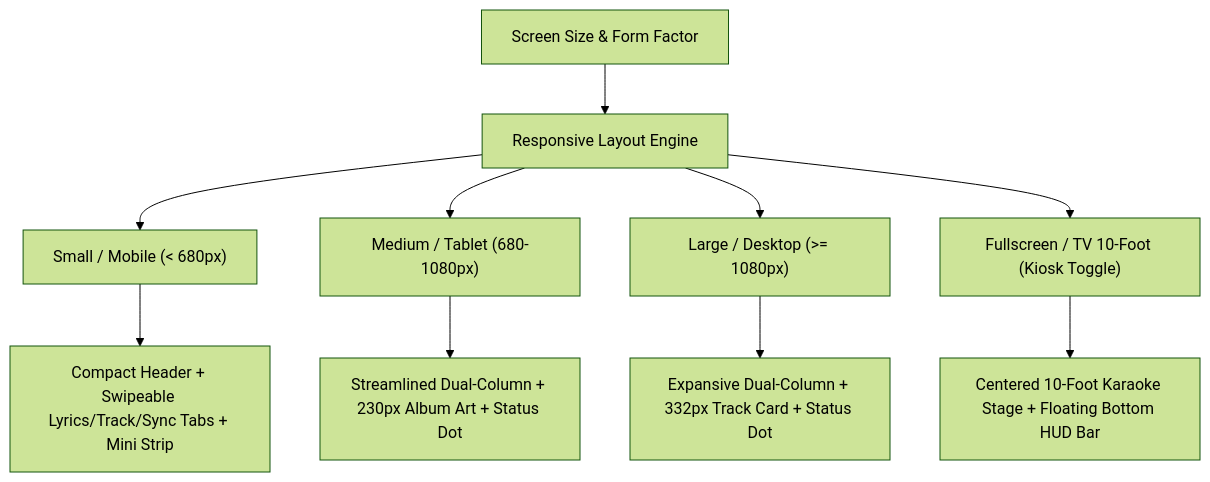
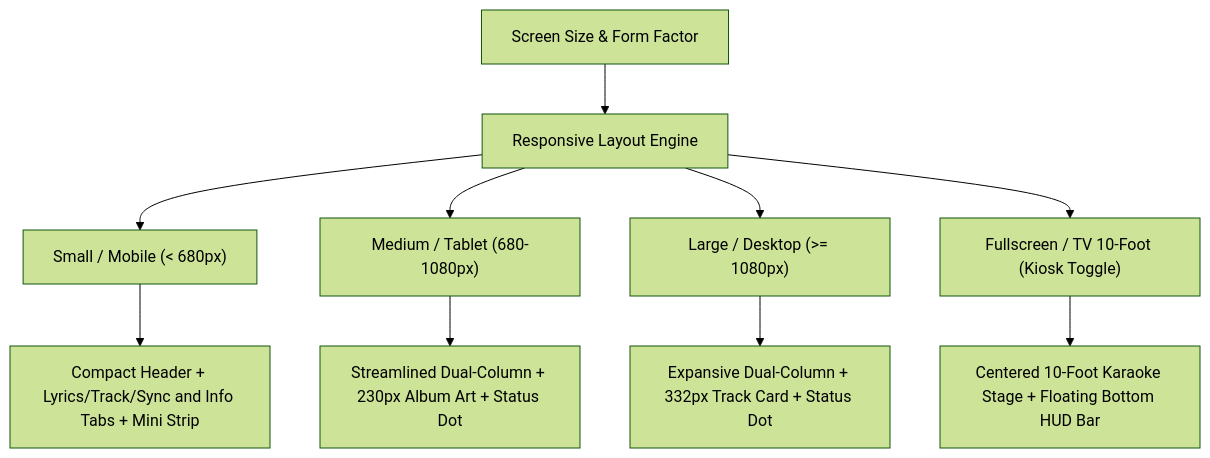
Before and after one commit to jav76/Cantus: the diagram in docs/user-guide/playback-and-display.md, drawn with Mermaid (forest theme). The commit also changed other lines of this file and 35 other files, not shown here.

First line of the commit message:
docs: correct drift against source, fix list rendering, drop stale knowledge graph

````diff
--- a/docs/user-guide/playback-and-display.md
+++ b/docs/user-guide/playback-and-display.md
@@ -11,13 +11,13 @@
 ```mermaid
 flowchart TD
     Screen["Screen Size & Form Factor"] --> RLM["Responsive Layout Engine"]
     RLM --> Small["Small / Mobile (< 680px)"]
     RLM --> Medium["Medium / Tablet (680-1080px)"]
     RLM --> Large["Large / Desktop (>= 1080px)"]
     RLM --> TV["Fullscreen / TV 10-Foot (Kiosk Toggle)"]
 
-    Small --> S_View["Compact Header + Swipeable Lyrics/Track/Sync Tabs + Mini Strip"]
+    Small --> S_View["Compact Header + Lyrics/Track/Sync and Info Tabs + Mini Strip"]
     Medium --> M_View["Streamlined Dual-Column + 230px Album Art + Status Dot"]
     Large --> L_View["Expansive Dual-Column + 332px Track Card + Status Dot"]
     TV --> TV_View["Centered 10-Foot Karaoke Stage + Floating Bottom HUD Bar"]
 ```
````
